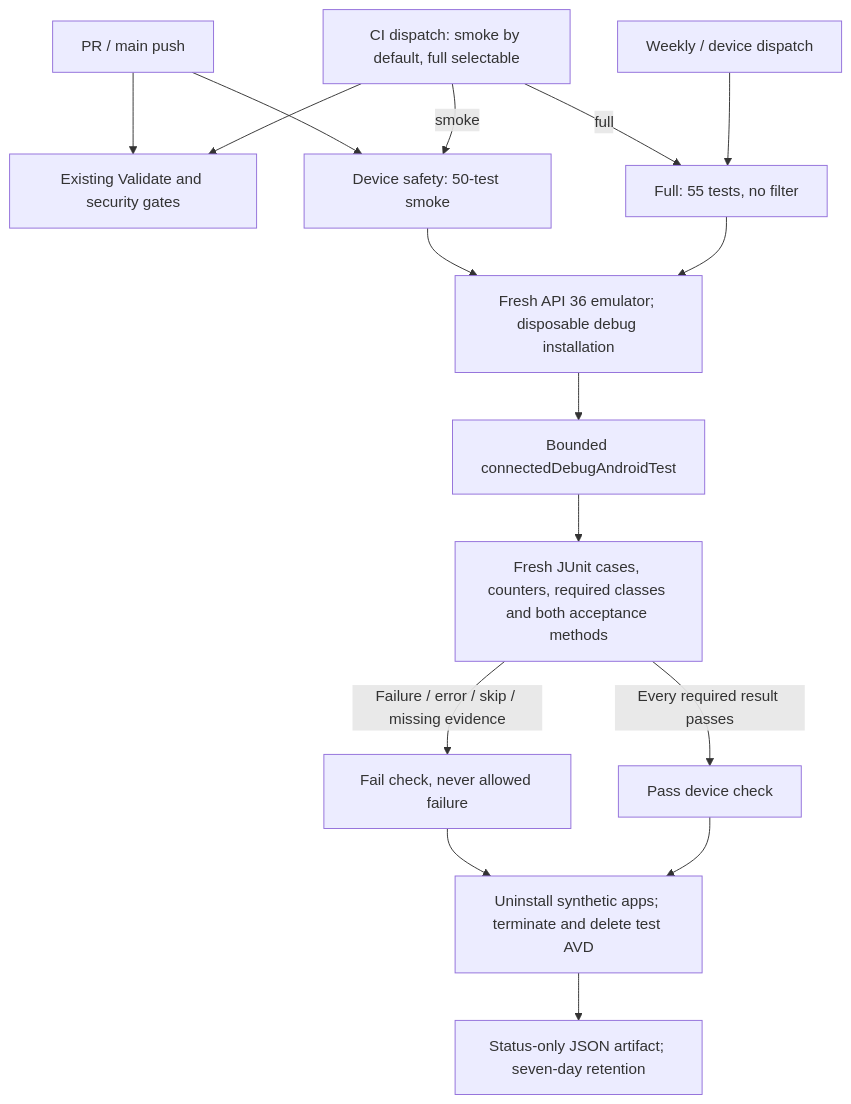
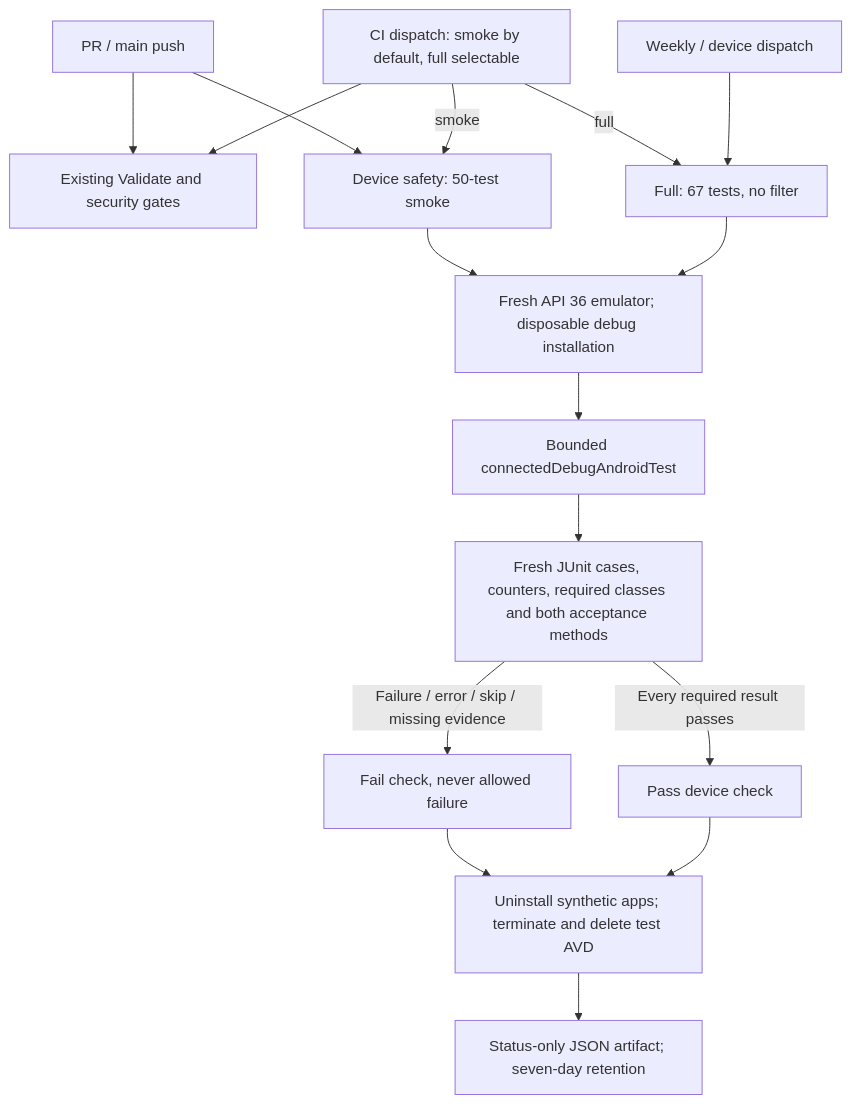
Before and after one commit to mcasillas17/WebSnag: the diagram in docs/testing/device-tests.md, drawn with Mermaid. The commit also changed other lines of this file and 18 other files, not shown here.

````diff
--- a/docs/testing/device-tests.md
+++ b/docs/testing/device-tests.md
@@ -53,18 +57,18 @@
 ```mermaid
 flowchart TD
     PR["PR / main push"] --> V["Existing Validate and security gates"]
     PR --> S["Device safety: 50-test smoke"]
     D["CI dispatch: smoke by default, full selectable"] --> V
     D -->|"smoke"| S
     D -->|"full"| F
-    M["Weekly / device dispatch"] --> F["Full: 55 tests, no filter"]
+    M["Weekly / device dispatch"] --> F["Full: 67 tests, no filter"]
     S --> E["Fresh API 36 emulator; disposable debug installation"]
     F --> E
     E --> R["Bounded connectedDebugAndroidTest"]
     R --> J["Fresh JUnit cases, counters, required classes and both acceptance methods"]
     J -->|"Failure / error / skip / missing evidence"| X["Fail check, never allowed failure"]
     J -->|"Every required result passes"| P["Pass device check"]
     X --> C["Uninstall synthetic apps; terminate and delete test AVD"]
     P --> C
     C --> A["Status-only JSON artifact; seven-day retention"]
 ```
````
